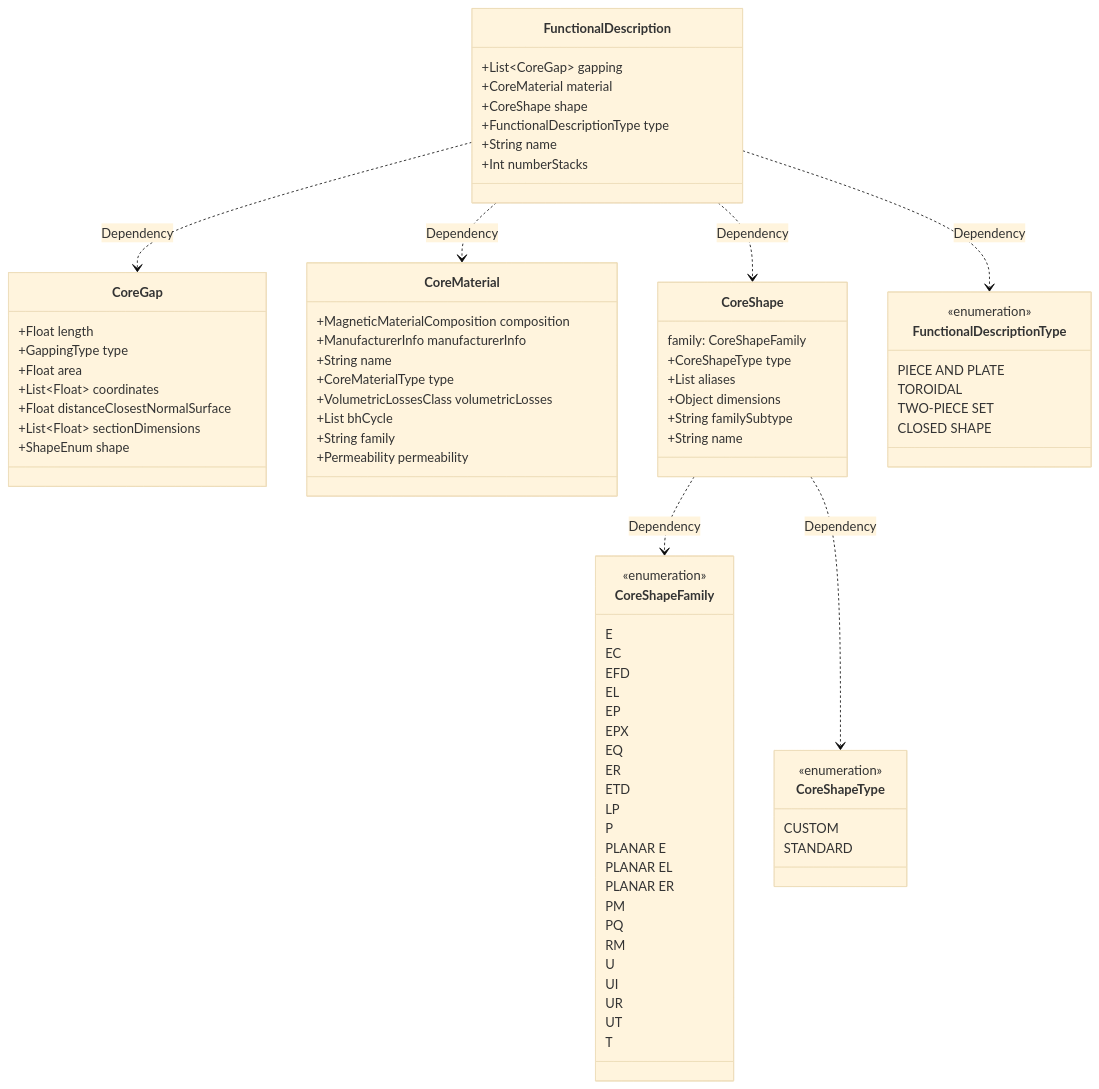
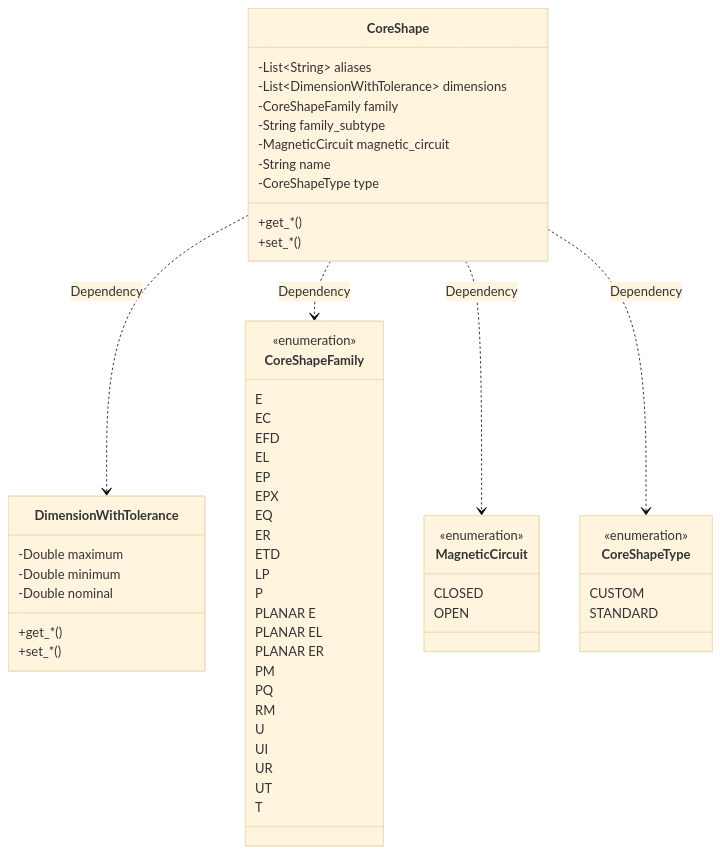
The third of 8 diagrams in docs/magnetic/core.md (OpenMagnetics/MAS), drawn with Mermaid (base theme) before and after one commit. The commit also changed other lines of this file, not shown here.

````diff
--- a/docs/magnetic/core.md
+++ b/docs/magnetic/core.md
@@ -52,30 +191,23 @@
 ```mermaid
 classDiagram
-class FunctionalDescription {
-    +List~CoreGap~ gapping
-    +CoreMaterial material
-    +CoreShape shape    
-    +FunctionalDescriptionType type
-    +String name
-    +Int numberStacks
+class CoreShape {
+    -List~String~ aliases
+    -List~DimensionWithTolerance~ dimensions
+    -CoreShapeFamily family
+    -String family_subtype
+    -MagneticCircuit magnetic_circuit
+    -String name
+    -CoreShapeType type
+
+    +get_*()
+    +set_*()
 }
 
-FunctionalDescription ..> CoreGap : Dependency
-FunctionalDescription ..> CoreMaterial : Dependency
-FunctionalDescription ..> CoreShape : Dependency
-FunctionalDescription ..> FunctionalDescriptionType : Dependency
+CoreShape ..> DimensionWithTolerance : Dependency
+CoreShape ..> CoreShapeFamily : Dependency
+CoreShape ..> MagneticCircuit : Dependency
+CoreShape ..> CoreShapeType : Dependency
 
-class CoreShape {
-    family: CoreShapeFamily
-    +CoreShapeType type
-    +List aliases
-    +Object dimensions
-    +String familySubtype
-    +String name
-}
-
-CoreShape ..> CoreShapeFamily : Dependency
-CoreShape ..> CoreShapeType : Dependency
 
 class CoreShapeFamily {
     <<enumeration>>
@@ -107,35 +239,19 @@
     CUSTOM
     STANDARD
 }
-class FunctionalDescriptionType {
+
+class MagneticCircuit {
     <<enumeration>>
-    PIECE AND PLATE
-    TOROIDAL
-    TWO-PIECE SET
-    CLOSED SHAPE
+    CLOSED
+    OPEN
 }
 
-class CoreMaterial {
-    +MagneticMaterialComposition composition
-    +ManufacturerInfo manufacturerInfo
-    +String name
-    +CoreMaterialType type
-    +VolumetricLossesClass volumetricLosses
-    +List bhCycle
-    +String family
-    +Permeability permeability
+class DimensionWithTolerance {
+    -Double maximum
+    -Double minimum
+    -Double nominal
 
+    +get_*()
+    +set_*()
 }
-
-class CoreGap {
-    +Float length 
-    +GappingType type
-    +Float area
-    +List~Float~ coordinates
-    
-    +Float distanceClosestNormalSurface
-    +List~Float~ sectionDimensions
-    +ShapeEnum shape
-}
-
 ```
````
